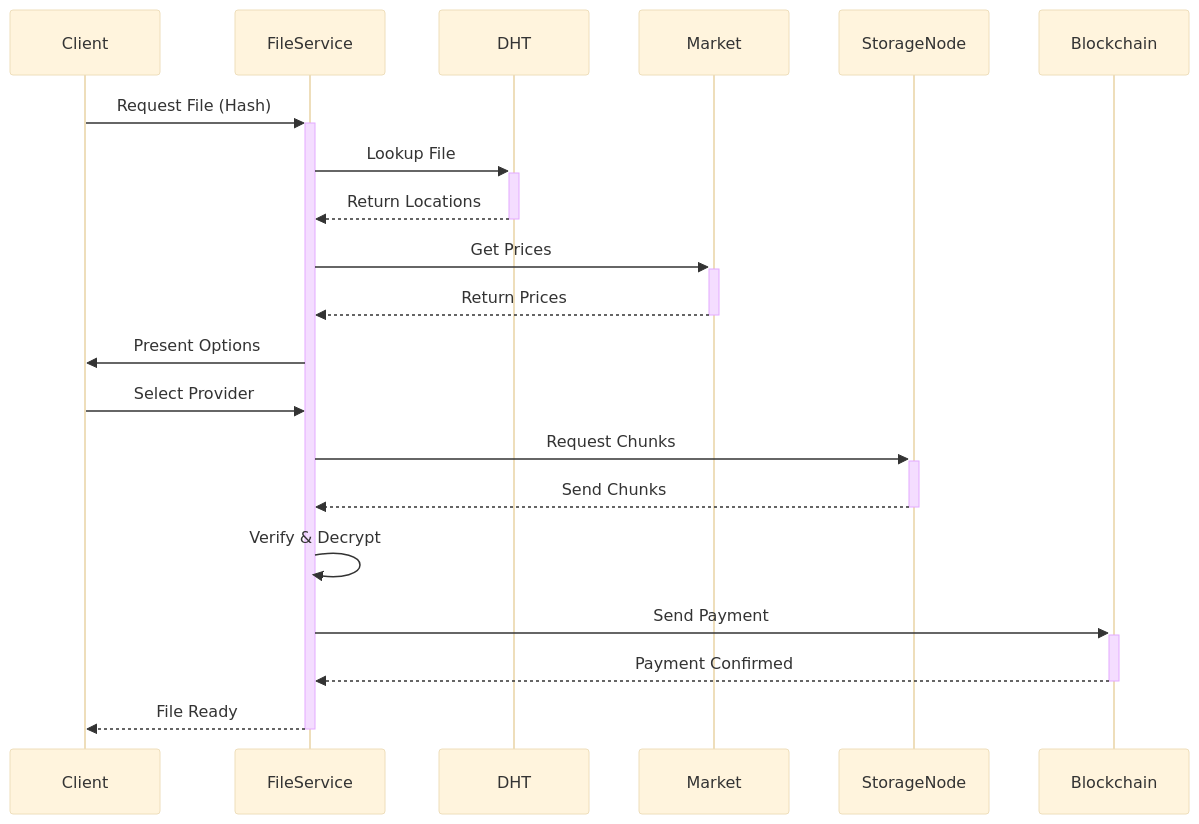
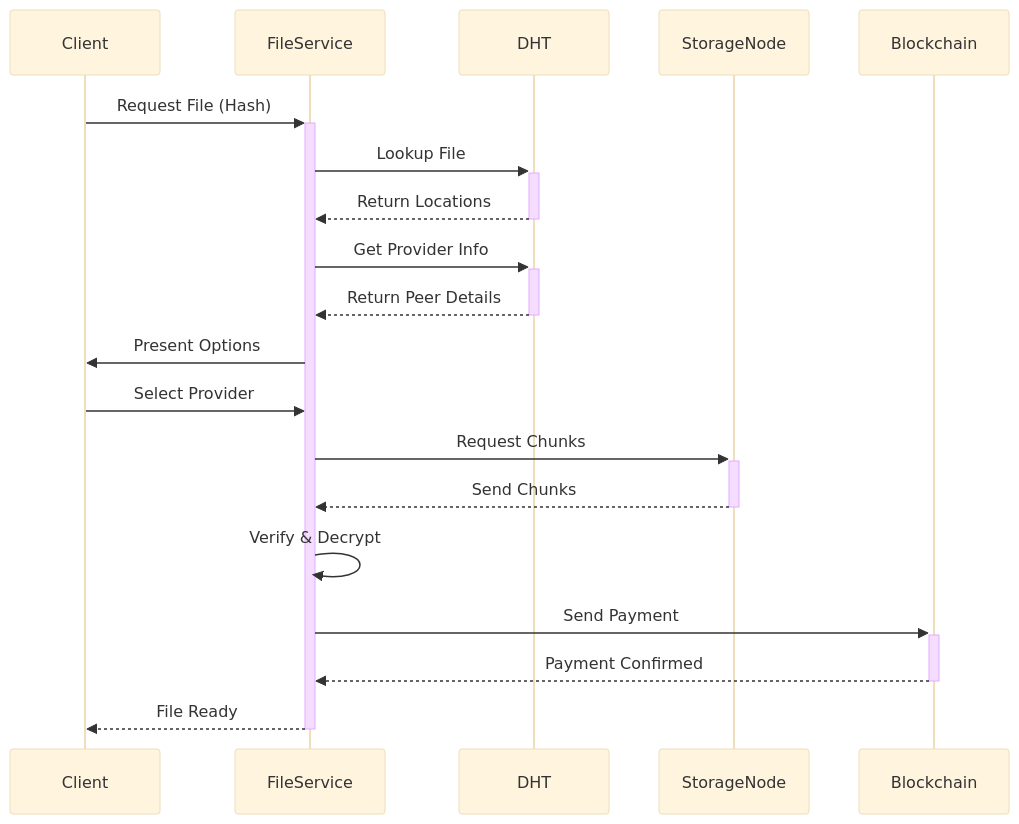
One commit to walrus-chanul-dandeniya/chiral-network changed the second of 2 diagrams in docs/02-architecture.md. Above: the diagram before and after it, drawn with Mermaid (base theme). The commit also changed other lines of this file and 9 other files, not shown here.

````diff
--- a/docs/02-architecture.md
+++ b/docs/02-architecture.md
@@ -304,16 +280,16 @@
 ```mermaid
 sequenceDiagram
     Client->>+FileService: Request File (Hash)
     FileService->>+DHT: Lookup File
     DHT-->>-FileService: Return Locations
-    FileService->>+Market: Get Prices
-    Market-->>-FileService: Return Prices
+    FileService->>+DHT: Get Provider Info
+    DHT-->>-FileService: Return Peer Details
     FileService->>Client: Present Options
     Client->>FileService: Select Provider
     FileService->>+StorageNode: Request Chunks
     StorageNode-->>-FileService: Send Chunks
     FileService->>FileService: Verify & Decrypt
     FileService->>+Blockchain: Send Payment
     Blockchain-->>-FileService: Payment Confirmed
     FileService-->>-Client: File Ready
 ```
````
